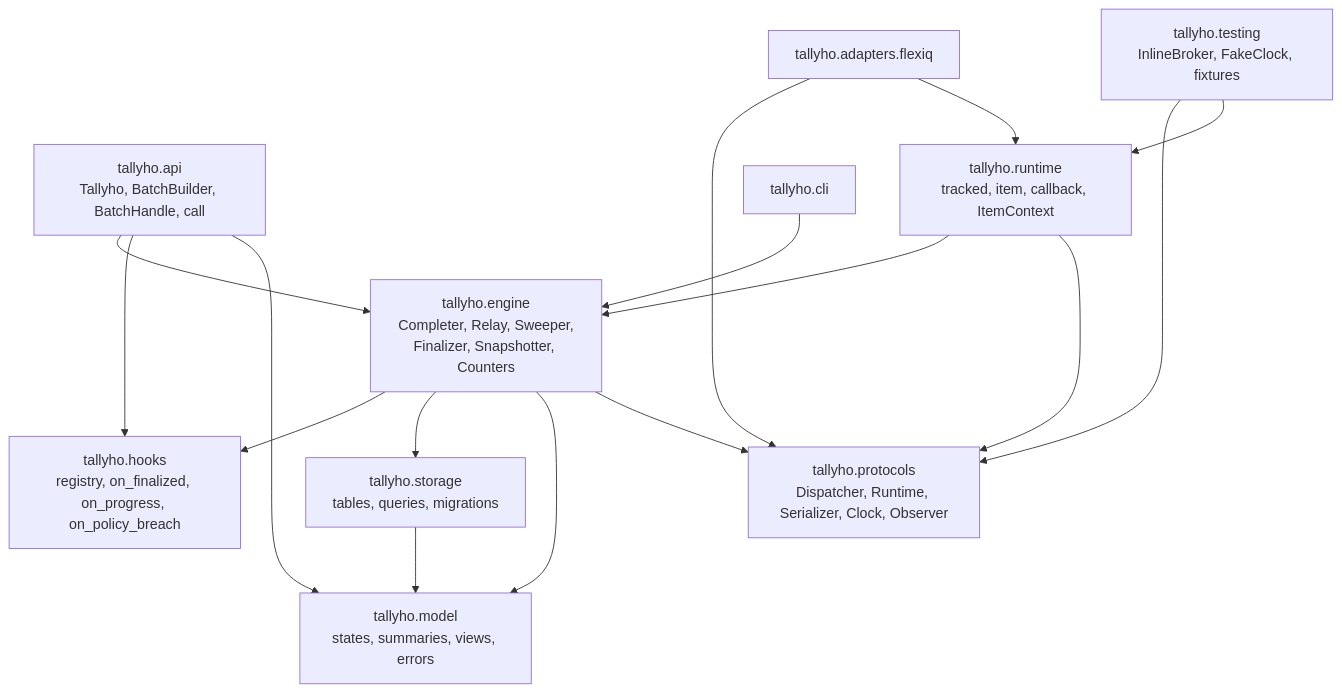
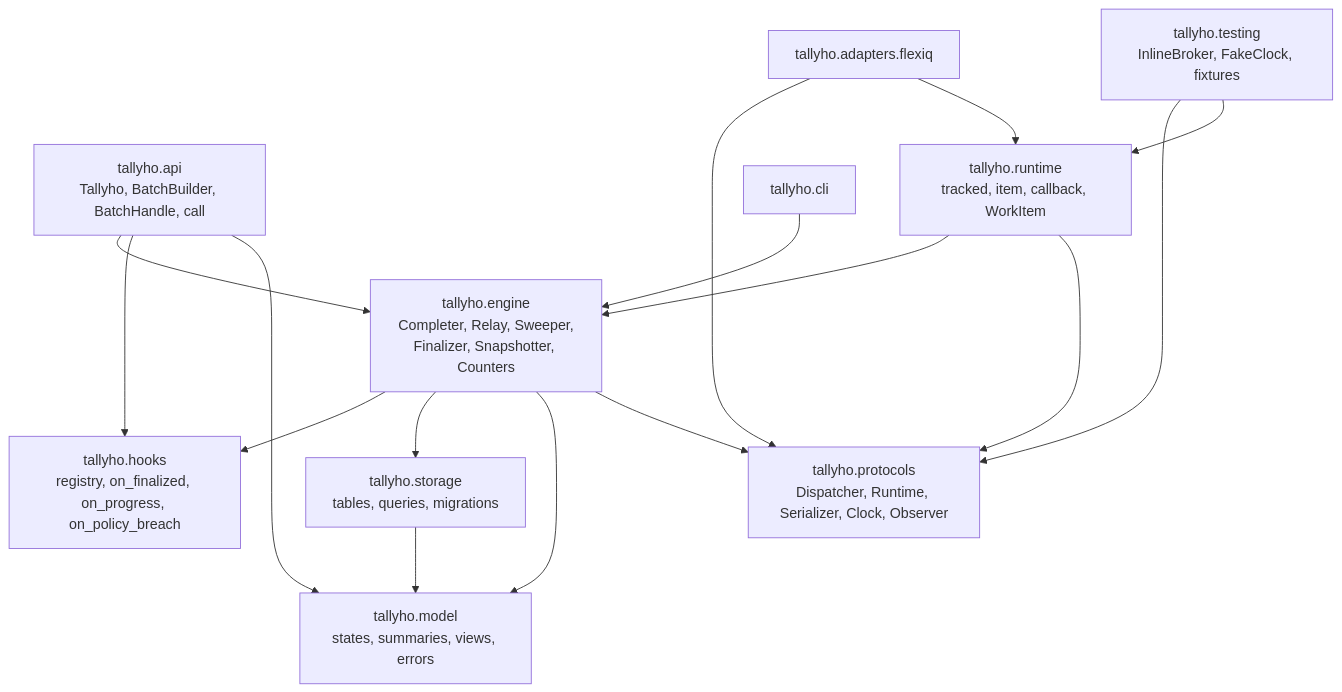
One commit to 0cherednoq/Tallyho changed the third of 43 diagrams in docs/ARCHITECTURE.md. Above: the diagram before and after it, drawn with Mermaid. The commit also changed other lines of this file and 61 other files, not shown here.

````diff
--- a/docs/ARCHITECTURE.md
+++ b/docs/ARCHITECTURE.md
@@ -165,29 +165,29 @@
 ```mermaid
 flowchart TB
     api["tallyho.api<br/>Tallyho, BatchBuilder, BatchHandle, call"]
     hooks["tallyho.hooks<br/>registry, on_finalized, on_progress, on_policy_breach"]
-    item["tallyho.runtime<br/>tracked, item, callback, ItemContext"]
+    item["tallyho.runtime<br/>tracked, item, callback, WorkItem"]
     eng["tallyho.engine<br/>Completer, Relay, Sweeper,<br/>Finalizer, Snapshotter, Counters"]
     st["tallyho.storage<br/>tables, queries, migrations"]
     model["tallyho.model<br/>states, summaries, views, errors"]
     proto["tallyho.protocols<br/>Dispatcher, Runtime, Serializer, Clock, Observer"]
     ad["tallyho.adapters.flexiq"]
     test["tallyho.testing<br/>InlineBroker, FakeClock, fixtures"]
     cli["tallyho.cli"]
 
     api --> eng
     api --> hooks
     api --> model
     eng --> hooks
     eng --> st
     eng --> model
     eng --> proto
     item --> eng
     item --> proto
     st --> model
     ad --> proto
     ad --> item
     test --> proto
     test --> item
     cli --> eng
 ```
````
